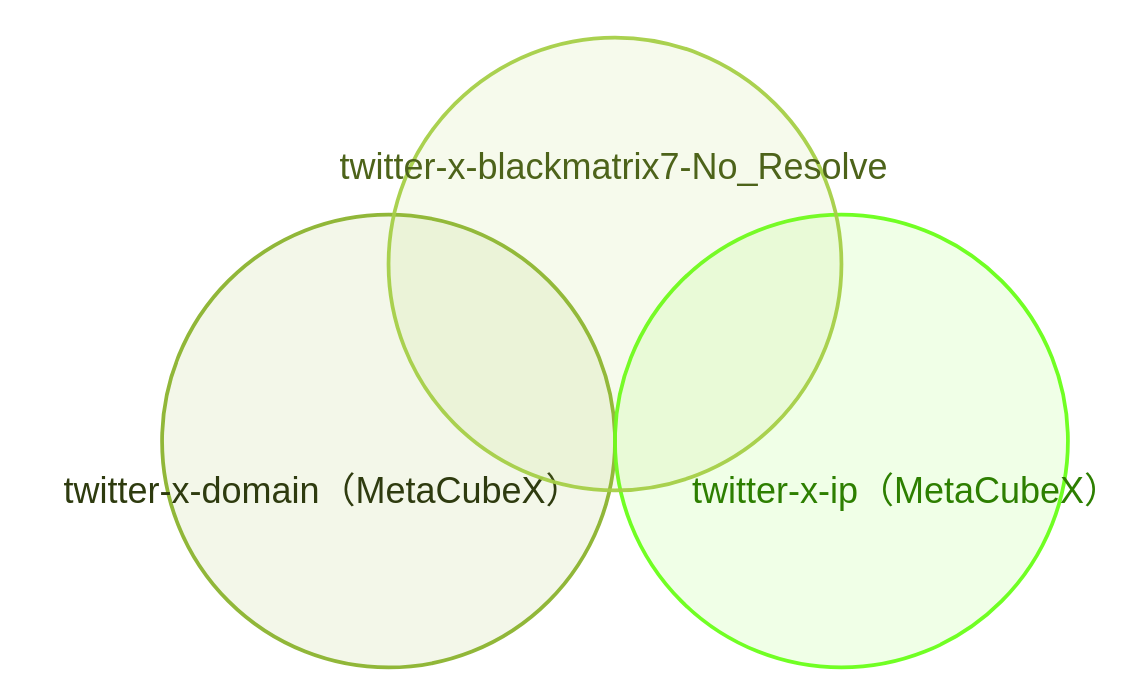
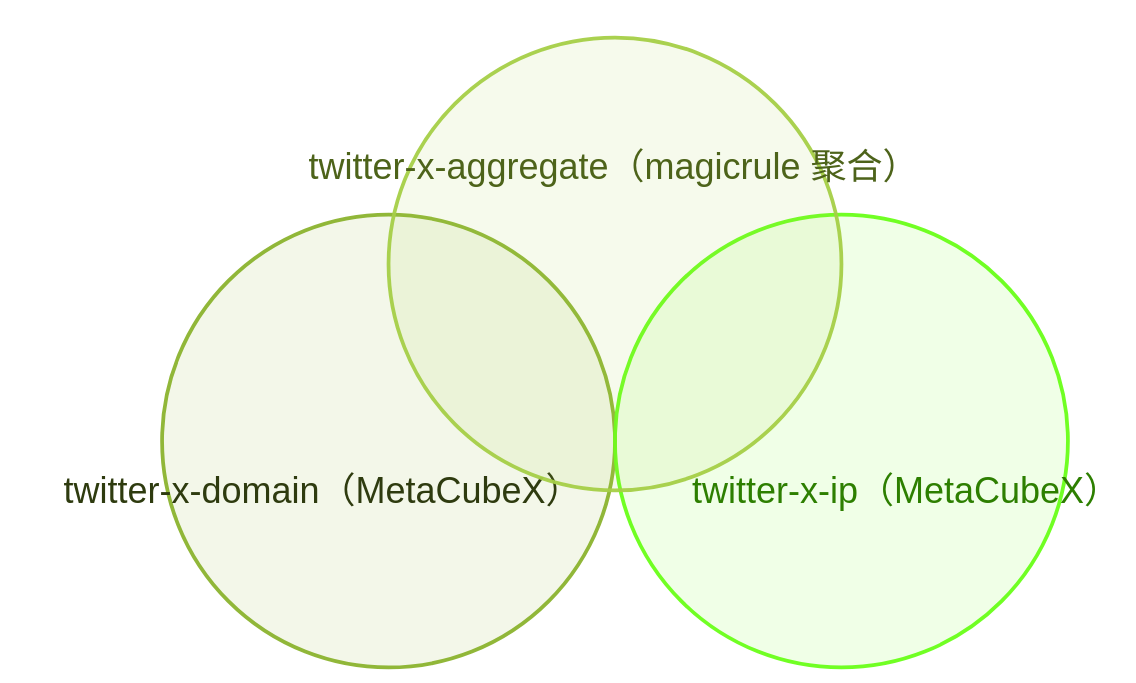
The fourth of 5 diagrams in README.md (XVSVTsama/XVSVT-Clash-Config), drawn with Mermaid (forest theme) before and after one commit. The commit also changed other lines of this file, not shown here.

````diff
--- a/README.md
+++ b/README.md
@@ -325,8 +324,8 @@
 ```mermaid
 venn-beta
   set D["twitter-x-domain（MetaCubeX）"]
   set I["twitter-x-ip（MetaCubeX）"]
-  set B["twitter-x-blackmatrix7-No_Resolve"]
+  set B["twitter-x-aggregate（magicrule 聚合）"]
   union D,B
   union I,B
 ```
````
